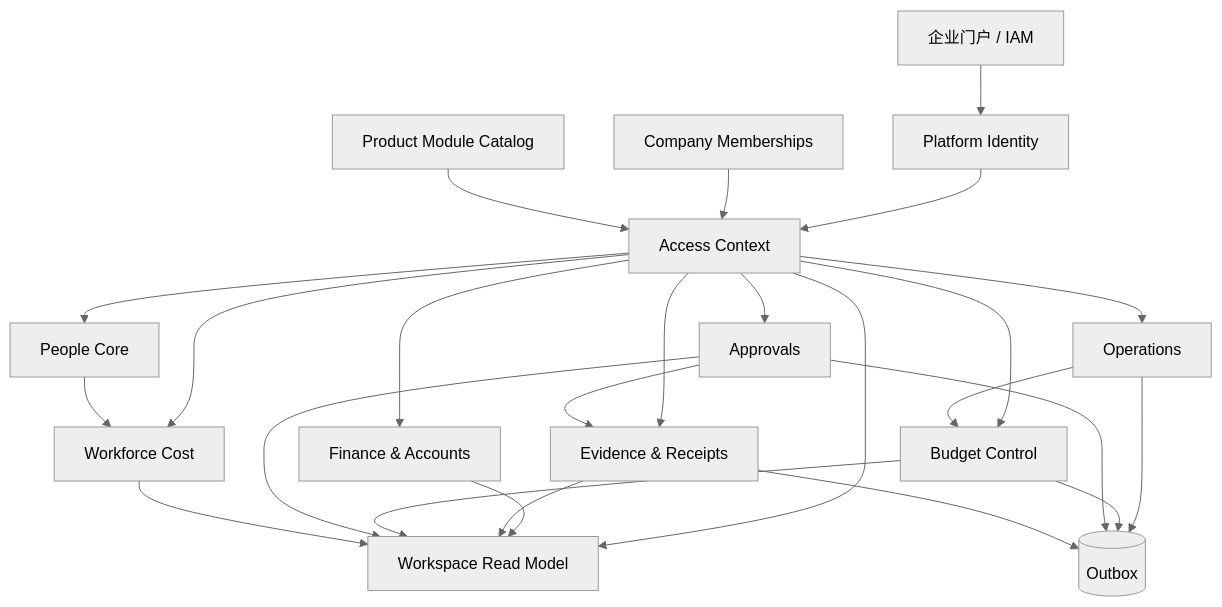
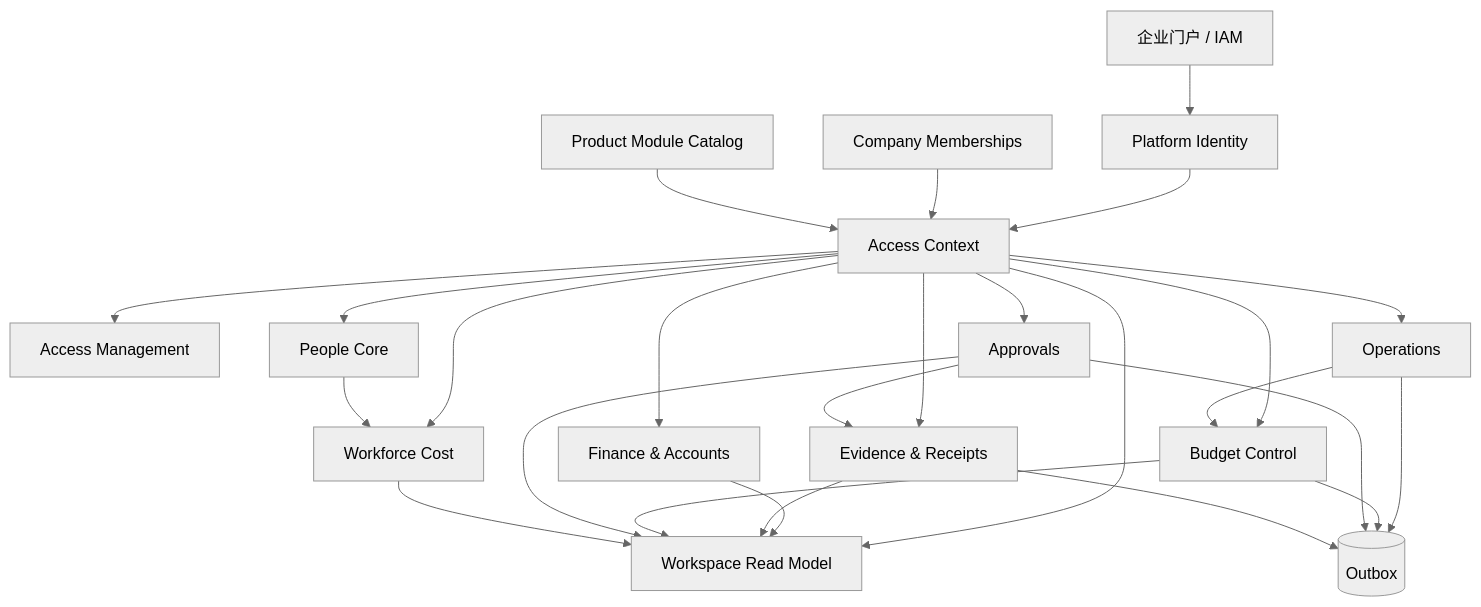
One commit to tiammomo/Mamoji changed the diagram in docs/ENTERPRISE_MODULE_ARCHITECTURE.md. Above: the diagram before and after it, drawn with Mermaid (neutral theme). The commit also changed other lines of this file and 24 other files, not shown here.

````diff
--- a/docs/ENTERPRISE_MODULE_ARCHITECTURE.md
+++ b/docs/ENTERPRISE_MODULE_ARCHITECTURE.md
@@ -17,30 +17,31 @@
 ```mermaid
 flowchart TB
     host[企业门户 / IAM] --> identity[Platform Identity]
     identity --> access[Access Context]
     tenant[Company Memberships] --> access
     product[Product Module Catalog] --> access
 
+    access --> accessManagement[Access Management]
     access --> workspace[Workspace Read Model]
     access --> approvals[Approvals]
     access --> operations[Operations]
     access --> budget[Budget Control]
     access --> finance[Finance & Accounts]
     access --> evidence[Evidence & Receipts]
     access --> people[People Core]
     access --> workforce[Workforce Cost]
 
     operations --> budget
     approvals --> evidence
     finance --> workspace
     evidence --> workspace
     budget --> workspace
     approvals --> workspace
     people --> workforce
     workforce --> workspace
 
     operations --> outbox[(Outbox)]
     budget --> outbox
     approvals --> outbox
     evidence --> outbox
 ```
````
